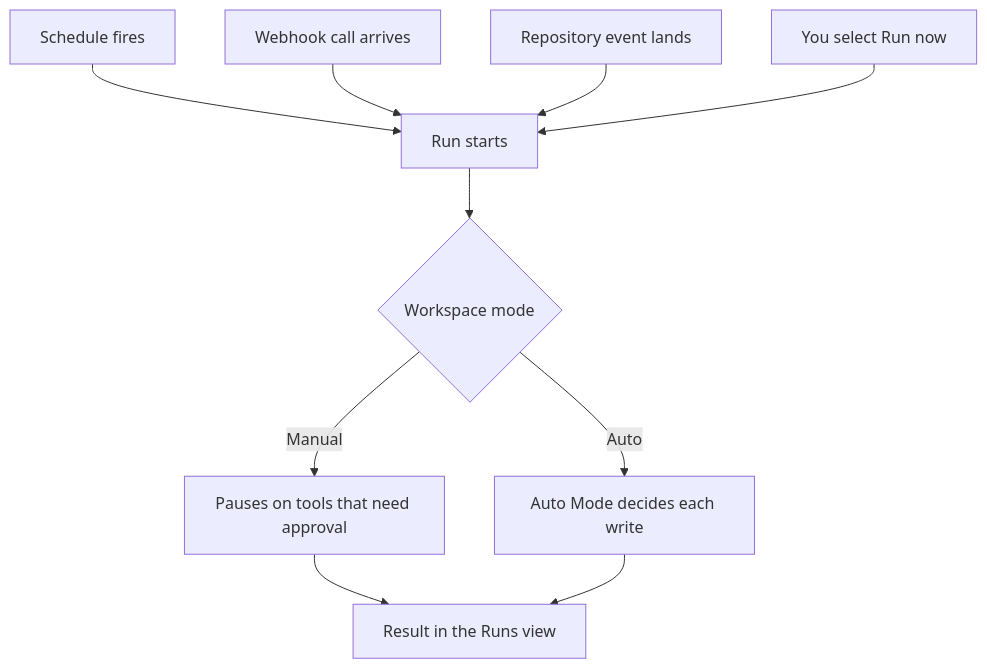
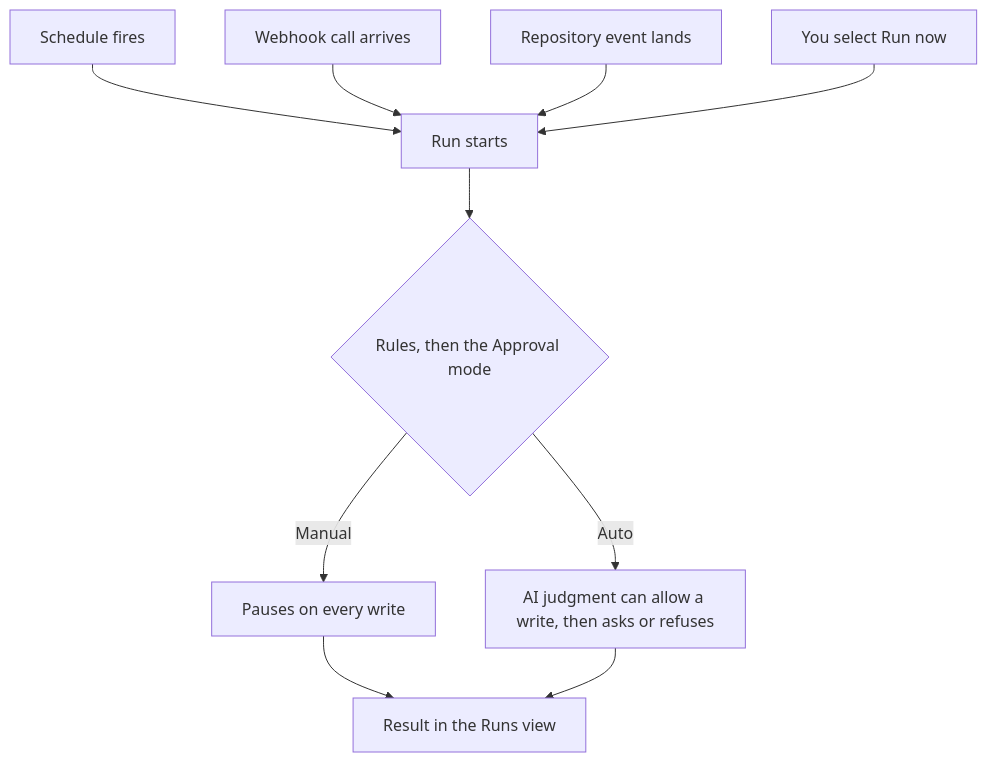
One commit to nhat-tranvan/docs changed the diagram in guide/automation/automations.mdx. Above: the diagram before and after it, drawn with Mermaid. The commit also changed other lines of this file and 35 other files, not shown here.

````diff
--- a/guide/automation/automations.mdx
+++ b/guide/automation/automations.mdx
@@ -19,12 +19,12 @@
 ```mermaid
 flowchart TD
     S[Schedule fires] --> R[Run starts]
     W[Webhook call arrives] --> R
     E[Repository event lands] --> R
     M[You select Run now] --> R
-    R --> G{Workspace mode}
-    G -->|Manual| P[Pauses on tools that need approval]
-    G -->|Auto| A[Auto Mode decides each write]
+    R --> G{Rules, then the Approval mode}
+    G -->|Manual| P[Pauses on every write]
+    G -->|Auto| A[AI judgment can allow a write, then asks or refuses]
     P --> V[Result in the Runs view]
     A --> V
 ```
````
